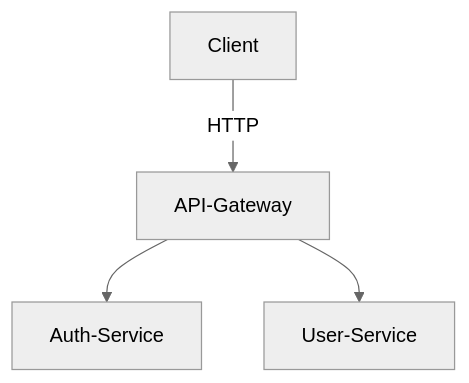
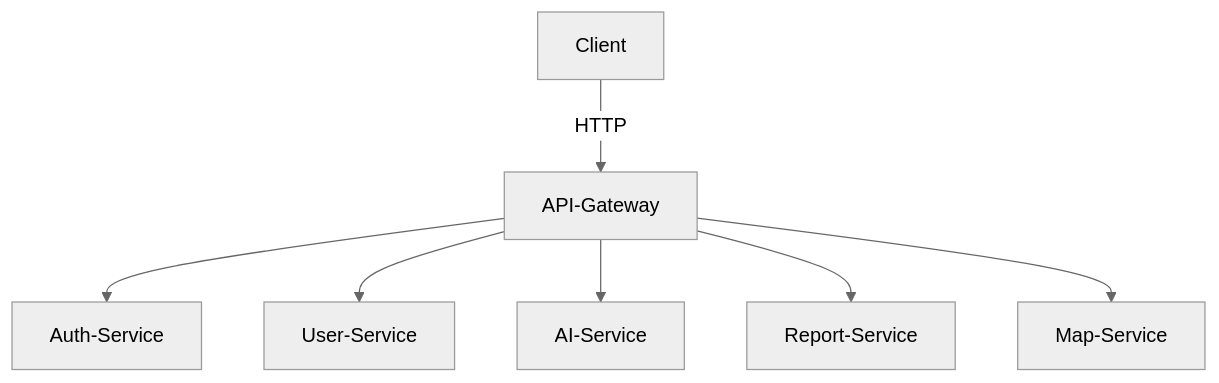
The diagram in README.md (morningstar-47/microservices-system), drawn with Mermaid (neutral theme) before and after one commit. The commit also changed other lines of this file, not shown here.

First line of the commit message:
chore: mise à jour du README.md pour refléter l'architecture des microservices

````diff
--- a/README.md
+++ b/README.md
@@ -88,6 +101,9 @@
 ```mermaid
 graph TD
     Client -->|HTTP| API-Gateway
     API-Gateway --> Auth-Service
     API-Gateway --> User-Service
+    API-Gateway --> AI-Service
+    API-Gateway --> Report-Service
+    API-Gateway --> Map-Service
 ```
````
